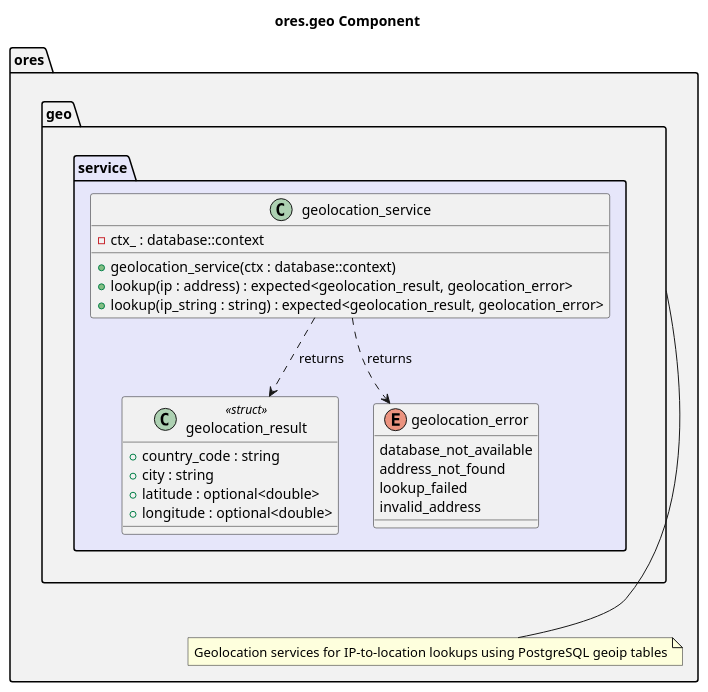
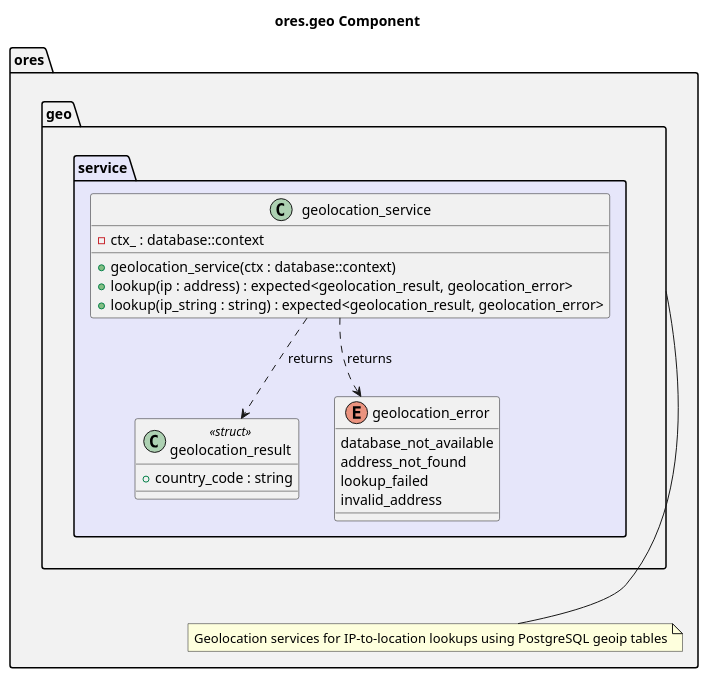
Before and after one commit to OreStudio/OreStudio: the diagram in projects/ores.geo/modeling/ores.geo.puml, drawn with PlantUML. The commit also changed 19 other files, not shown here.

```diff
--- a/projects/ores.geo/modeling/ores.geo.puml
+++ b/projects/ores.geo/modeling/ores.geo.puml
@@ -17,46 +17,43 @@
 @startuml
 
 title ores.geo Component
 
 set namespaceSeparator ::
 
 namespace ores #F2F2F2 {
     note "Geolocation services for IP-to-location lookups using PostgreSQL geoip tables" as ores_geo_note
     geo --- ores_geo_note
     namespace geo #F2F2F2 {
 
         namespace service #E6E6FA {
 
             class geolocation_result <<struct>> {
                 +country_code : string
-                +city : string
-                +latitude : optional<double>
-                +longitude : optional<double>
             }
 
             enum geolocation_error {
                 database_not_available
                 address_not_found
                 lookup_failed
                 invalid_address
             }
 
             class geolocation_service {
                 +geolocation_service(ctx : database::context)
                 +lookup(ip : address) : expected<geolocation_result, geolocation_error>
                 +lookup(ip_string : string) : expected<geolocation_result, geolocation_error>
                 -ctx_ : database::context
             }
 
             geolocation_service ..> geolocation_result : returns
             geolocation_service ..> geolocation_error : returns
 
         }
 
     }
 }
 
 ' Local Variables:
 ' compile-command: "java -Djava.awt.headless=true -DPLANTUML_SECURITY_PROFILE=UNSECURE -DPLANTUML_LIMIT_SIZE=65535 -jar /usr/share/plantuml/plantuml.jar ores.geo.puml"
 ' End:
 @enduml
```
